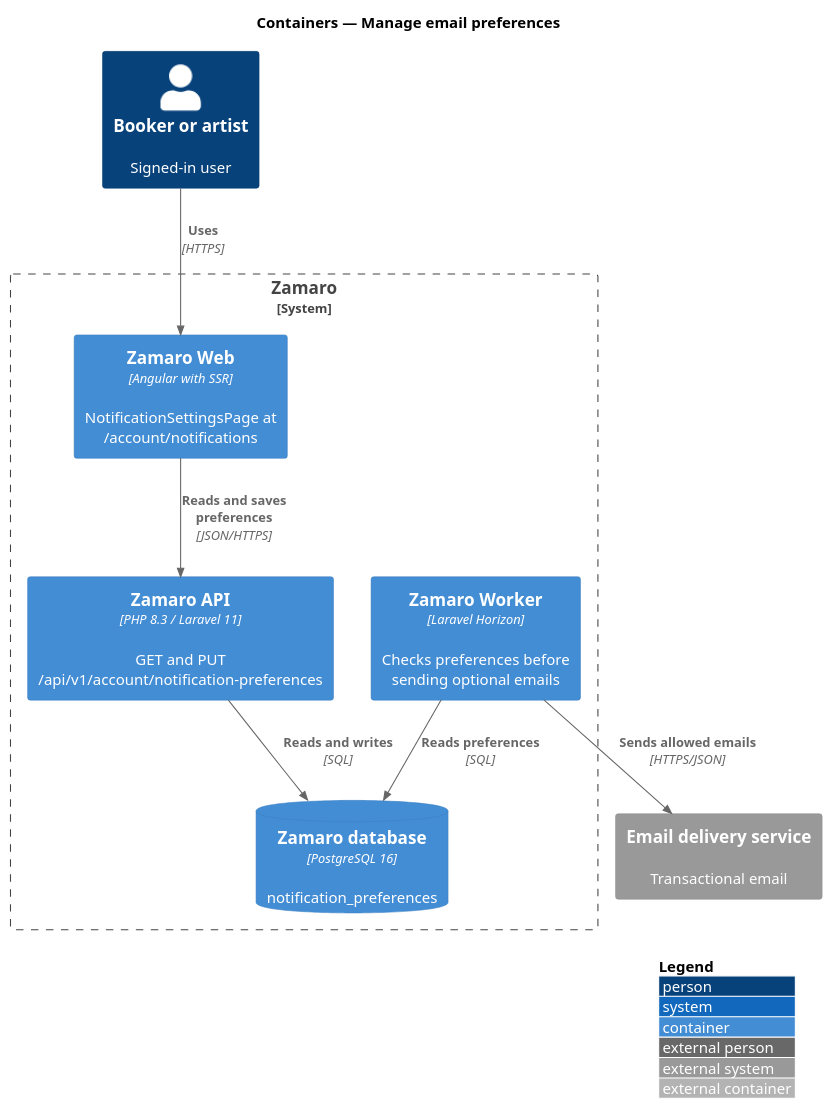
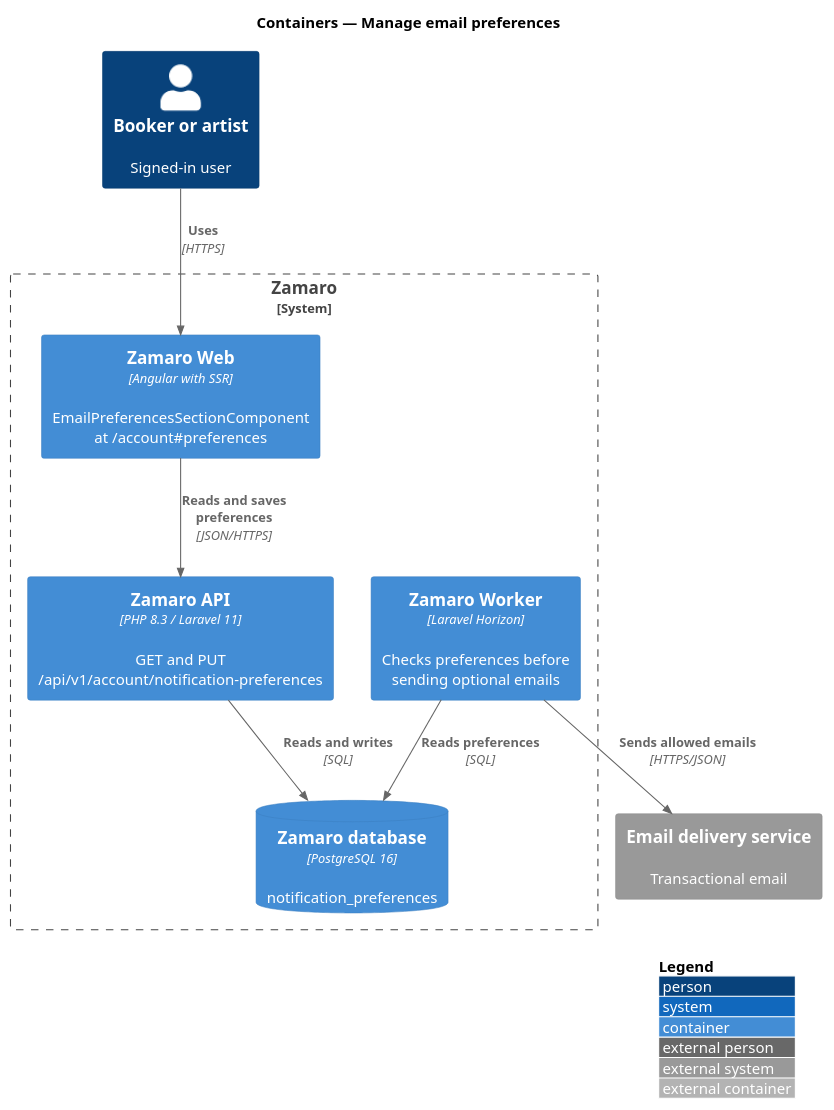
The diagram in docs/detailed-designs/notifications/manage-email-preferences/diagrams/c4-container.puml (QuinntyneBrown/zamaro), drawn with PlantUML before and after one commit. The commit also changed 379 other files, not shown here.

```diff
--- a/docs/detailed-designs/notifications/manage-email-preferences/diagrams/c4-container.puml
+++ b/docs/detailed-designs/notifications/manage-email-preferences/diagrams/c4-container.puml
@@ -1,19 +1,19 @@
 @startuml
 !include <C4/C4_Container>
 LAYOUT_WITH_LEGEND()
 title Containers — Manage email preferences
 
 Person(user, "Booker or artist", "Signed-in user")
 System_Ext(email, "Email delivery service", "Transactional email")
 System_Boundary(zamaro, "Zamaro") {
-  Container(web, "Zamaro Web", "Angular with SSR", "NotificationSettingsPage at /account/notifications")
+  Container(web, "Zamaro Web", "Angular with SSR", "EmailPreferencesSectionComponent at /account#preferences")
   Container(api, "Zamaro API", "PHP 8.3 / Laravel 11", "GET and PUT /api/v1/account/notification-preferences")
   Container(worker, "Zamaro Worker", "Laravel Horizon", "Checks preferences before sending optional emails")
   ContainerDb(db, "Zamaro database", "PostgreSQL 16", "notification_preferences")
 }
 Rel(user, web, "Uses", "HTTPS")
 Rel(web, api, "Reads and saves preferences", "JSON/HTTPS")
 Rel(api, db, "Reads and writes", "SQL")
 Rel(worker, db, "Reads preferences", "SQL")
 Rel(worker, email, "Sends allowed emails", "HTTPS/JSON")
 @enduml
```
